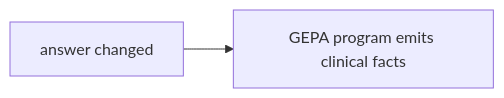
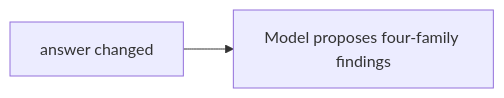
One commit to cbrown564-alt/clinical_extraction changed the fifth of 6 diagrams in docs/architecture/diagrams/attribution_origins.md. Above: the diagram before and after it, drawn with Mermaid. The commit also changed other lines of this file and 415 other files, not shown here.

````diff
--- a/docs/architecture/diagrams/attribution_origins.md
+++ b/docs/architecture/diagrams/attribution_origins.md
@@ -86,6 +86,6 @@
 ```mermaid
 flowchart LR
   origin_exectv2_llm_only["answer changed"]
-  exect_llm_gepa_program["GEPA program emits clinical facts"]
-  origin_exectv2_llm_only --> exect_llm_gepa_program
+  exect_llm_model_call["Model proposes four-family findings"]
+  origin_exectv2_llm_only --> exect_llm_model_call
 ```
````
